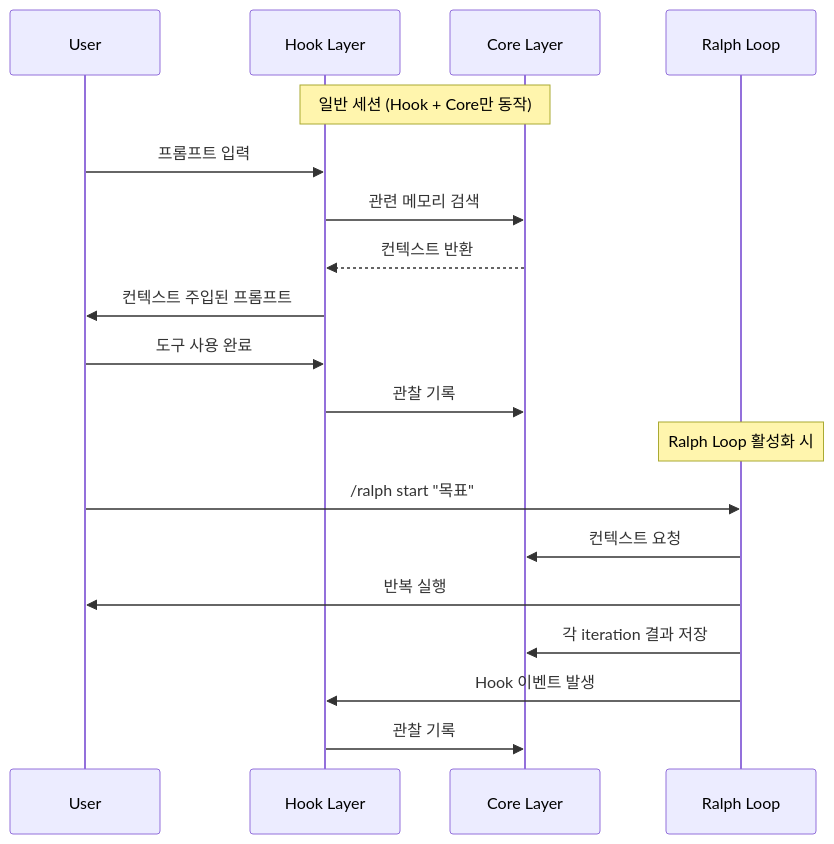
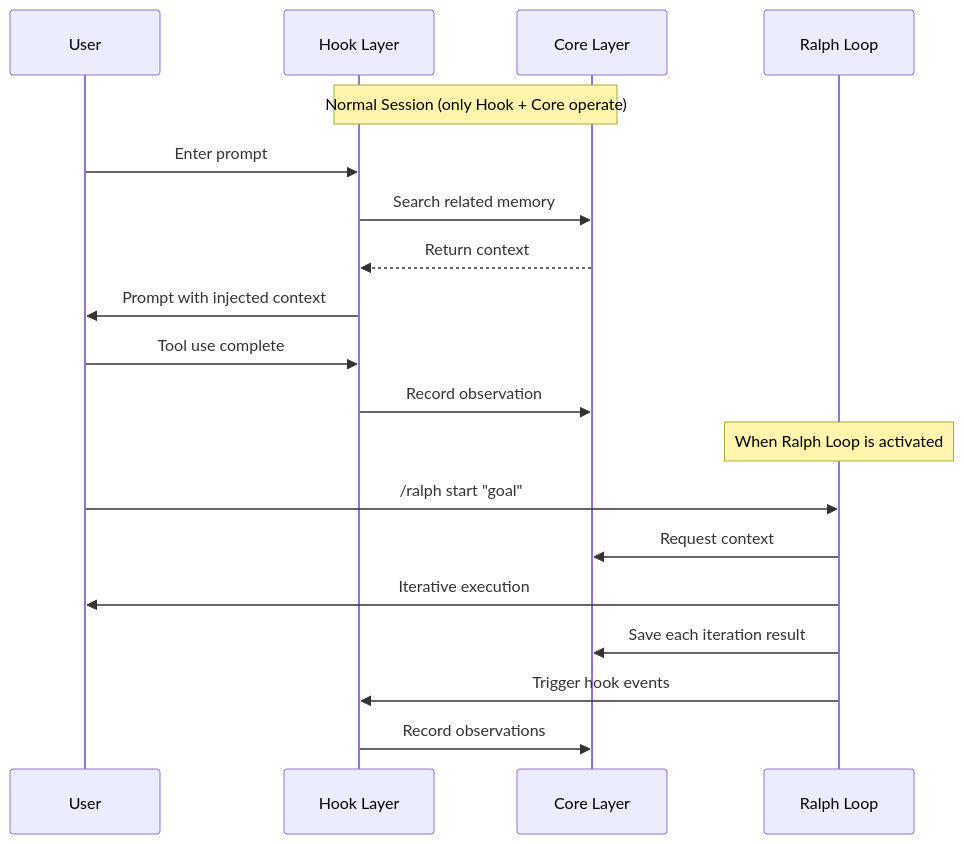
One commit to yeochul-jeon/ralph-mem changed the second of 10 diagrams in docs/PRD.md. Above: the diagram before and after it, drawn with Mermaid. The commit also changed other lines of this file and 26 other files, not shown here.

````diff
--- a/docs/PRD.md
+++ b/docs/PRD.md
@@ -93,23 +95,23 @@
 ```mermaid
 sequenceDiagram
     participant U as User
     participant H as Hook Layer
     participant C as Core Layer
     participant R as Ralph Loop
 
-    Note over H,C: 일반 세션 (Hook + Core만 동작)
-    U->>H: 프롬프트 입력
-    H->>C: 관련 메모리 검색
-    C-->>H: 컨텍스트 반환
-    H->>U: 컨텍스트 주입된 프롬프트
-    U->>H: 도구 사용 완료
-    H->>C: 관찰 기록
+    Note over H,C: Normal Session (only Hook + Core operate)
+    U->>H: Enter prompt
+    H->>C: Search related memory
+    C-->>H: Return context
+    H->>U: Prompt with injected context
+    U->>H: Tool use complete
+    H->>C: Record observation
 
-    Note over R: Ralph Loop 활성화 시
-    U->>R: /ralph start "목표"
-    R->>C: 컨텍스트 요청
-    R->>U: 반복 실행
-    R->>C: 각 iteration 결과 저장
-    R->>H: Hook 이벤트 발생
-    H->>C: 관찰 기록
+    Note over R: When Ralph Loop is activated
+    U->>R: /ralph start "goal"
+    R->>C: Request context
+    R->>U: Iterative execution
+    R->>C: Save each iteration result
+    R->>H: Trigger hook events
+    H->>C: Record observations
 ```
````
